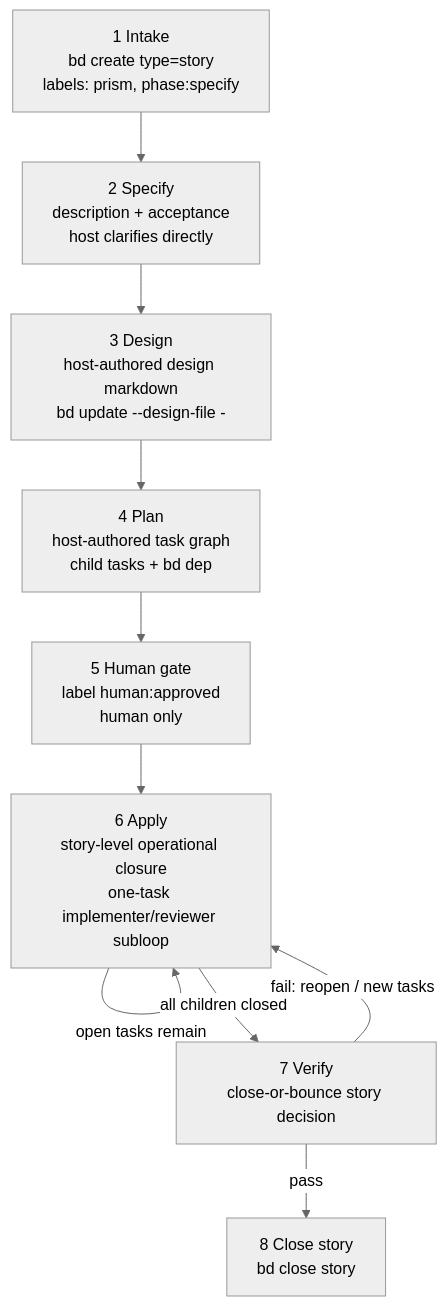
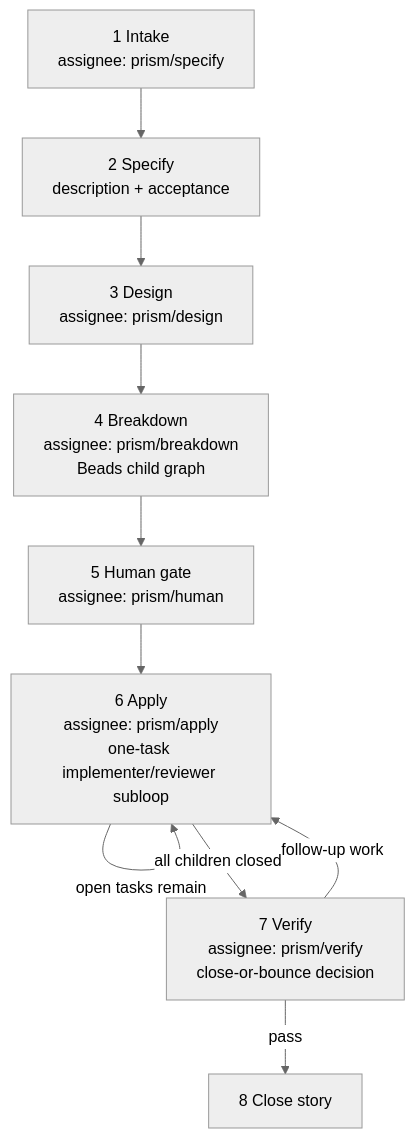
The diagram in plugins/prism/prefixed-skills/prism-lifecycle/references/lifecycle.md (baldaworks/prism), drawn with Mermaid (neutral theme) before and after one commit. The commit also changed other lines of this file and 30 other files, not shown here.

First line of the commit message:
feat(prism): drive lifecycle state by assignee

````diff
--- a/plugins/prism/prefixed-skills/prism-lifecycle/references/lifecycle.md
+++ b/plugins/prism/prefixed-skills/prism-lifecycle/references/lifecycle.md
@@ -12,21 +15,17 @@
 ```mermaid
 flowchart TB
-  I["1 Intake<br/>bd create type=story<br/>labels: prism, phase:specify"]
-  S["2 Specify<br/>description + acceptance<br/>host clarifies directly"]
-  D["3 Design<br/>host-authored design markdown<br/>bd update --design-file -"]
-  B["4 Plan<br/>host-authored task graph<br/>child tasks + bd dep"]
-  H["5 Human gate<br/>label human:approved<br/>human only"]
-  A["6 Apply<br/>story-level operational closure<br/>one-task implementer/reviewer subloop"]
-  V["7 Verify<br/>close-or-bounce story decision"]
-  C["8 Close story<br/>bd close story"]
+  I["1 Intake<br/>assignee: prism/specify"]
+  S["2 Specify<br/>description + acceptance"]
+  D["3 Design<br/>assignee: prism/design"]
+  B["4 Breakdown<br/>assignee: prism/breakdown<br/>Beads child graph"]
+  H["5 Human gate<br/>assignee: prism/human"]
+  A["6 Apply<br/>assignee: prism/apply<br/>one-task implementer/reviewer subloop"]
+  V["7 Verify<br/>assignee: prism/verify<br/>close-or-bounce decision"]
+  C["8 Close story"]
 
-  I --> S
-  S --> D
-  D --> B
-  B --> H
-  H --> A
+  I --> S --> D --> B --> H --> A
   A -->|"open tasks remain"| A
   A -->|"all children closed"| V
-  V -->|"fail: reopen / new tasks"| A
+  V -->|"follow-up work"| A
   V -->|"pass"| C
 ```
````
